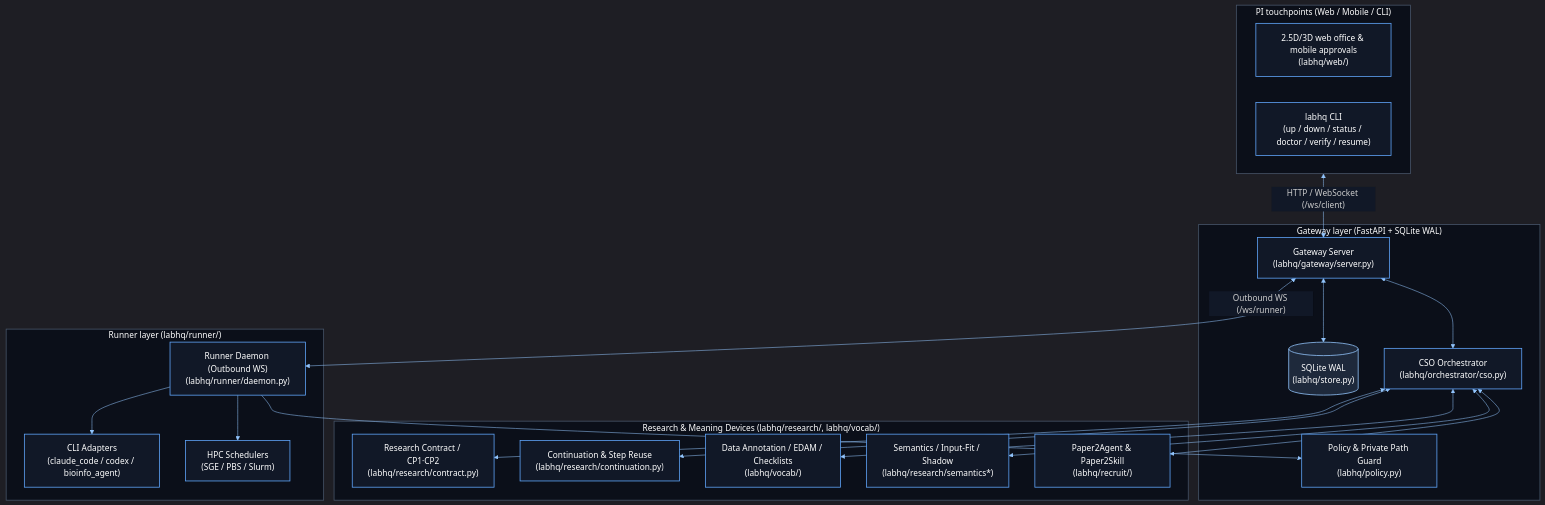
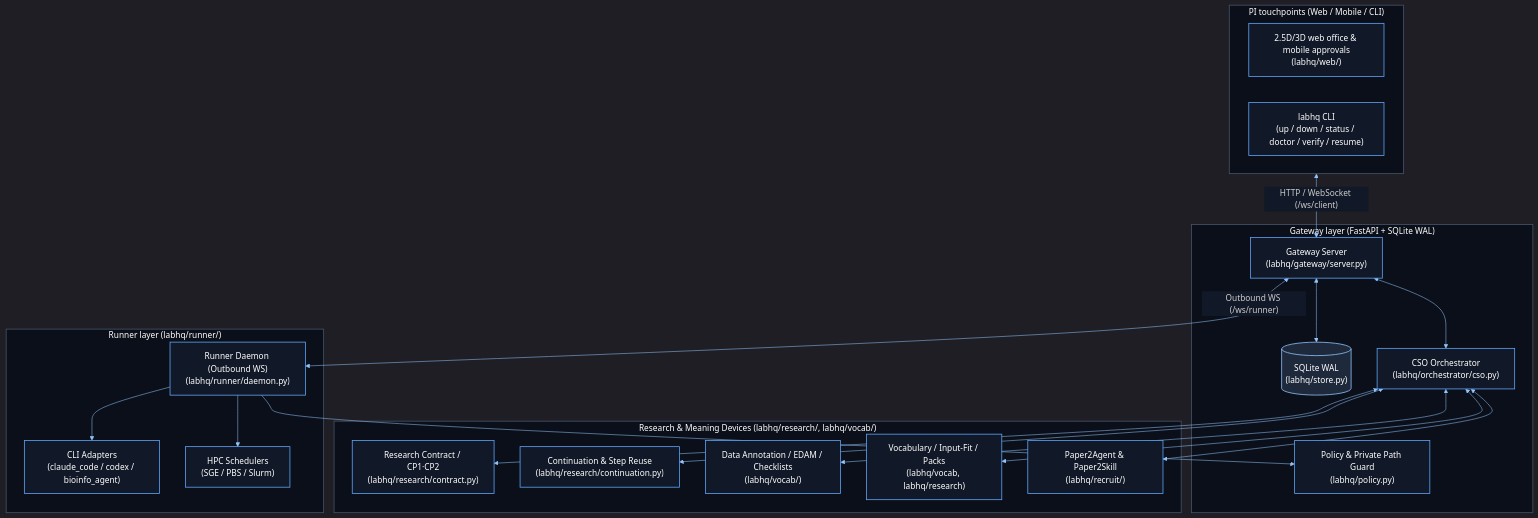
Before and after one commit to ehojune/bioinfo-team-3d: the second of 2 diagrams in docs/manual/08-structure.en.md, drawn with Mermaid. The commit also changed other lines of this file and 75 other files, not shown here.

````diff
--- a/docs/manual/08-structure.en.md
+++ b/docs/manual/08-structure.en.md
@@ -140,50 +140,50 @@
 ```mermaid
 %%{init: {'theme': 'dark', 'themeVariables': {'background': '#0b0f19', 'primaryColor': '#111827', 'primaryTextColor': '#ffffff', 'primaryBorderColor': '#60a5fa', 'lineColor': '#93c5fd', 'secondaryColor': '#1f2937', 'tertiaryColor': '#0f172a', 'mainBkg': '#111827', 'nodeBorder': '#60a5fa', 'clusterBkg': '#0b0f19', 'clusterBorder': '#475569', 'titleColor': '#ffffff', 'edgeLabelBackground': '#111827'}}}%%
 flowchart TB
     classDef darkNode fill:#111827,stroke:#60a5fa,stroke-width:1.5px,color:#ffffff;
     classDef storageNode fill:#1e293b,stroke:#93c5fd,stroke-width:1.5px,color:#ffffff;
 
     subgraph UI["PI touchpoints (Web / Mobile / CLI)"]
         Web["2.5D/3D web office & mobile approvals<br/>(labhq/web/)"]:::darkNode
         CLI["labhq CLI<br/>(up / down / status / doctor / verify / resume)"]:::darkNode
     end
 
     subgraph GW["Gateway layer (FastAPI + SQLite WAL)"]
         Server["Gateway Server<br/>(labhq/gateway/server.py)"]:::darkNode
         DB[("SQLite WAL<br/>(labhq/store.py)")]:::storageNode
         CSO["CSO Orchestrator<br/>(labhq/orchestrator/cso.py)"]:::darkNode
         Policy["Policy & Private Path Guard<br/>(labhq/policy.py)"]:::darkNode
     end
 
     subgraph Research["Research & Meaning Devices (labhq/research/, labhq/vocab/)"]
         Contract["Research Contract / CP1·CP2<br/>(labhq/research/contract.py)"]:::darkNode
         Cont["Continuation & Step Reuse<br/>(labhq/research/continuation.py)"]:::darkNode
         Vocab["Data Annotation / EDAM / Checklists<br/>(labhq/vocab/)"]:::darkNode
-        Sem["Semantics / Input-Fit / Shadow<br/>(labhq/research/semantics*)"]:::darkNode
+        Sem["Vocabulary / Input-Fit / Packs<br/>(labhq/vocab, labhq/research)"]:::darkNode
         Recruit["Paper2Agent & Paper2Skill<br/>(labhq/recruit/)"]:::darkNode
     end
 
     subgraph Exec["Runner layer (labhq/runner/)"]
         Daemon["Runner Daemon (Outbound WS)<br/>(labhq/runner/daemon.py)"]:::darkNode
         Adapters["CLI Adapters<br/>(claude_code / codex / bioinfo_agent)"]:::darkNode
         HPC["HPC Schedulers<br/>(SGE / PBS / Slurm)"]:::darkNode
     end
 
     UI <-->|"HTTP / WebSocket (/ws/client)"| Server
     Server <--> DB
     Server <--> CSO
     CSO <--> Contract
     CSO <--> Cont
     CSO <--> Vocab
     CSO <--> Sem
     CSO <--> Recruit
     Server <-->|"Outbound WS (/ws/runner)"| Daemon
     Daemon --> Policy
     Daemon --> Adapters
     Daemon --> HPC
 
     style UI fill:#0b0f19,stroke:#475569,stroke-width:1.5px,color:#ffffff
     style GW fill:#0b0f19,stroke:#475569,stroke-width:1.5px,color:#ffffff
     style Research fill:#0b0f19,stroke:#475569,stroke-width:1.5px,color:#ffffff
     style Exec fill:#0b0f19,stroke:#475569,stroke-width:1.5px,color:#ffffff
 ```
````
